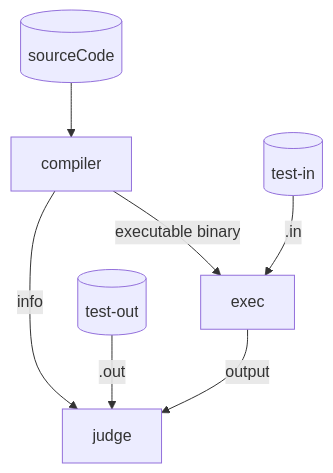
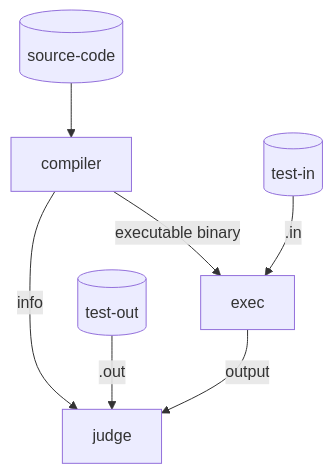
Before and after one commit to Stos-2025/Projekt_Grupowy-2025: the diagram in README.md, drawn with Mermaid.

````diff
--- a/README.md
+++ b/README.md
@@ -8,18 +8,18 @@
 ```mermaid
 flowchart
   compiler
   exec
   judge
-  src[(sourceCode)]
+  src[(source-code)]
   testin[(test-in)]
   testout[(test-out)]
 
   src --> compiler
   compiler --> | executable binary | exec
   compiler --> | info | judge 
   testin --> | .in | exec
   testout --> | .out | judge
   exec --> | output  | judge
 
 
 ```
````
